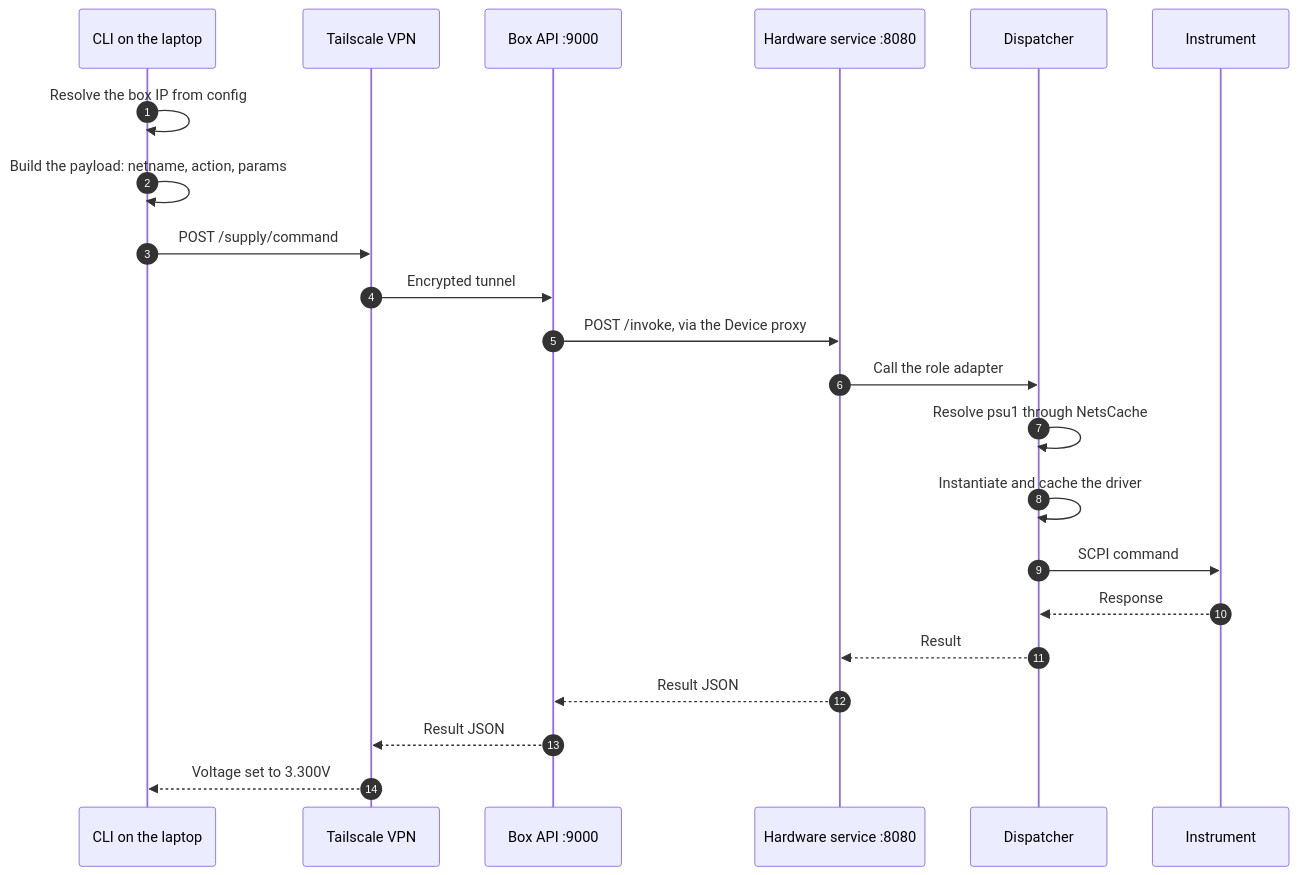
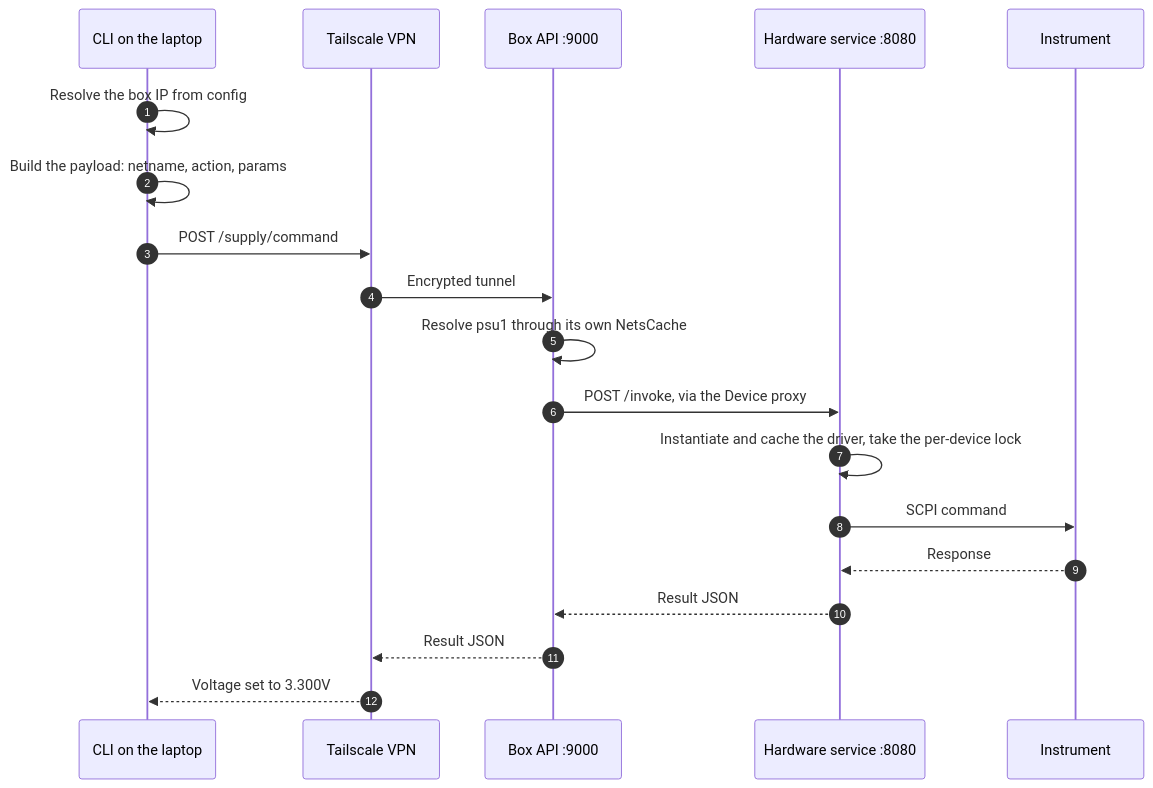
The fourth of 5 diagrams in docs/source/getting-started/architecture.mdx (lagerdata/lager), drawn with Mermaid before and after one commit. The commit also changed other lines of this file and 2 other files, not shown here.

````diff
--- a/docs/source/getting-started/architecture.mdx
+++ b/docs/source/getting-started/architecture.mdx
@@ -229,25 +246,22 @@
 ```mermaid
 sequenceDiagram
     autonumber
     participant C as CLI on the laptop
     participant N as Tailscale VPN
     participant B as Box API :9000
     participant H as Hardware service :8080
-    participant D as Dispatcher
     participant I as Instrument
 
     C->>C: Resolve the box IP from config
     C->>C: Build the payload: netname, action, params
     C->>N: POST /supply/command
     N->>B: Encrypted tunnel
+    B->>B: Resolve psu1 through its own NetsCache
     B->>H: POST /invoke, via the Device proxy
-    H->>D: Call the role adapter
-    D->>D: Resolve psu1 through NetsCache
-    D->>D: Instantiate and cache the driver
-    D->>I: SCPI command
-    I-->>D: Response
-    D-->>H: Result
+    H->>H: Instantiate and cache the driver, take the per-device lock
+    H->>I: SCPI command
+    I-->>H: Response
     H-->>B: Result JSON
     B-->>N: Result JSON
     N-->>C: Voltage set to 3.300V
 ```
````
